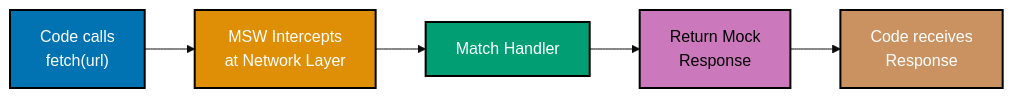
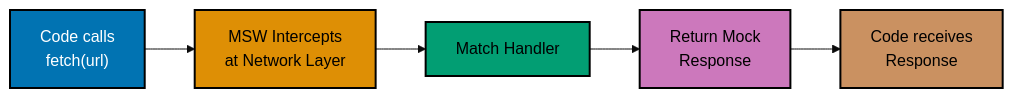
The eighth of 9 diagrams in apps/ayokoding-www/content/en/learn/legacy/software-engineering/automation-testing/tools/vitest/by-example/advanced.md (wahidyankf/ose-public), drawn with Mermaid (base theme) before and after one commit. The commit also changed other lines of this file and 131 other files, not shown here.

First line of the commit message:
fix(mermaid): bring the legacy data, infrastructure, and testing diagrams onto the accessible palette

````diff
--- a/apps/ayokoding-www/content/en/learn/legacy/software-engineering/automation-testing/tools/vitest/by-example/advanced.md
+++ b/apps/ayokoding-www/content/en/learn/legacy/software-engineering/automation-testing/tools/vitest/by-example/advanced.md
@@ -1658,14 +1712,22 @@
 ```mermaid
 %% Color Palette: Blue #0173B2, Orange #DE8F05, Teal #029E73, Purple #CC78BC, Brown #CA9161
 graph LR
+    accTitle: Example 80: Integration Testing with MSW
+    accDescr: Graph with 5 nodes and 4 connections. Nodes: Code calls fetch40url41, MSW Intercepts at Network Layer, Match Handler, Return Mock Response, Code receives Response. Connections: Code calls fetch40url41 to MSW Intercepts at Network Layer, MSW Intercepts at Network Layer to Match Handler, Match Handler to Return Mock Response, Return Mock Response to Code receives Response.
     A["Code calls<br/>fetch#40;url#41;"] --> B["MSW Intercepts<br/>at Network Layer"]
     B --> C["Match Handler"]
     C --> D["Return Mock<br/>Response"]
     D --> E["Code receives<br/>Response"]
 
-    style A fill:#0173B2,stroke:#000000,stroke-width:2px,color:#fff
-    style B fill:#DE8F05,stroke:#000000,stroke-width:2px,color:#fff
-    style C fill:#029E73,stroke:#000000,stroke-width:2px,color:#fff
-    style D fill:#CC78BC,stroke:#000000,stroke-width:2px,color:#000
-    style E fill:#CA9161,stroke:#000000,stroke-width:2px,color:#fff
+    classDef pal-0173B2 fill:#0173B2,stroke:#000000,color:#FFFFFF,stroke-width:2px
+    class A pal-0173B2
+    classDef pal-DE8F05 fill:#DE8F05,stroke:#000000,color:#000000,stroke-width:2px
+    class B pal-DE8F05
+    classDef pal-029E73 fill:#029E73,stroke:#000000,color:#000000,stroke-width:2px
+    class C pal-029E73
+    classDef pal-CC78BC fill:#CC78BC,stroke:#000000,color:#000000,stroke-width:2px
+    class D pal-CC78BC
+    classDef pal-CA9161 fill:#CA9161,stroke:#000000,color:#000000,stroke-width:2px
+    class E pal-CA9161
+    classDef default fill:#FFFFFF,stroke:#000000,color:#000000
 ```
````
